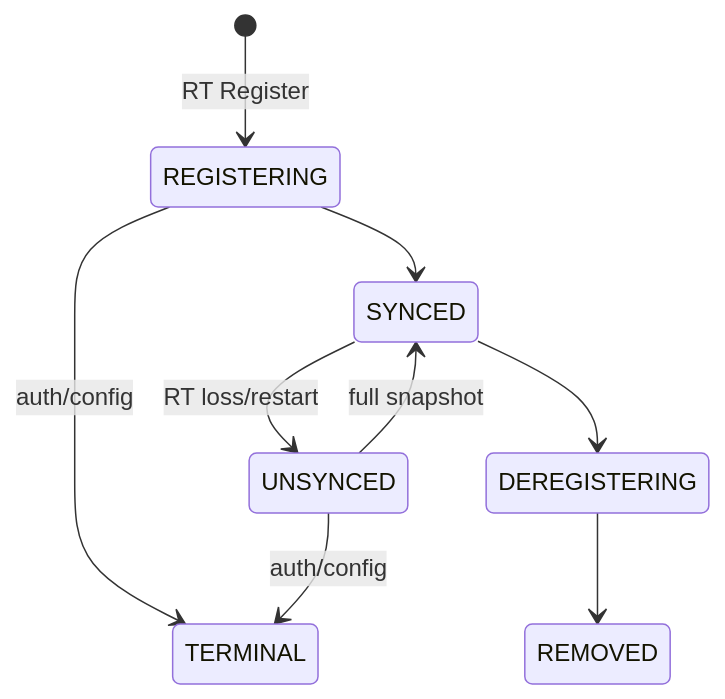
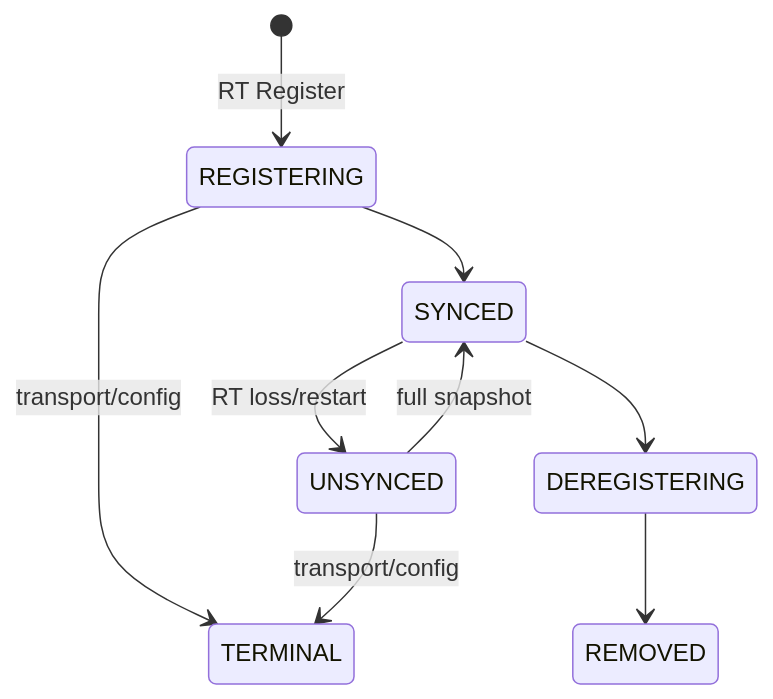
Before and after one commit to cagojeiger/relaygate: the third of 3 diagrams in docs/spec/007-error-and-state-model.md, drawn with Mermaid. The commit also changed other lines of this file and 177 other files, not shown here.

````diff
--- a/docs/spec/007-error-and-state-model.md
+++ b/docs/spec/007-error-and-state-model.md
@@ -85,11 +105,11 @@
 ```mermaid
 stateDiagram-v2
     [*] --> REGISTERING: RT Register
     REGISTERING --> SYNCED
     SYNCED --> UNSYNCED: RT loss/restart
     UNSYNCED --> SYNCED: full snapshot
     SYNCED --> DEREGISTERING
     DEREGISTERING --> REMOVED
-    REGISTERING --> TERMINAL: auth/config
-    UNSYNCED --> TERMINAL: auth/config
+    REGISTERING --> TERMINAL: transport/config
+    UNSYNCED --> TERMINAL: transport/config
 ```
````
